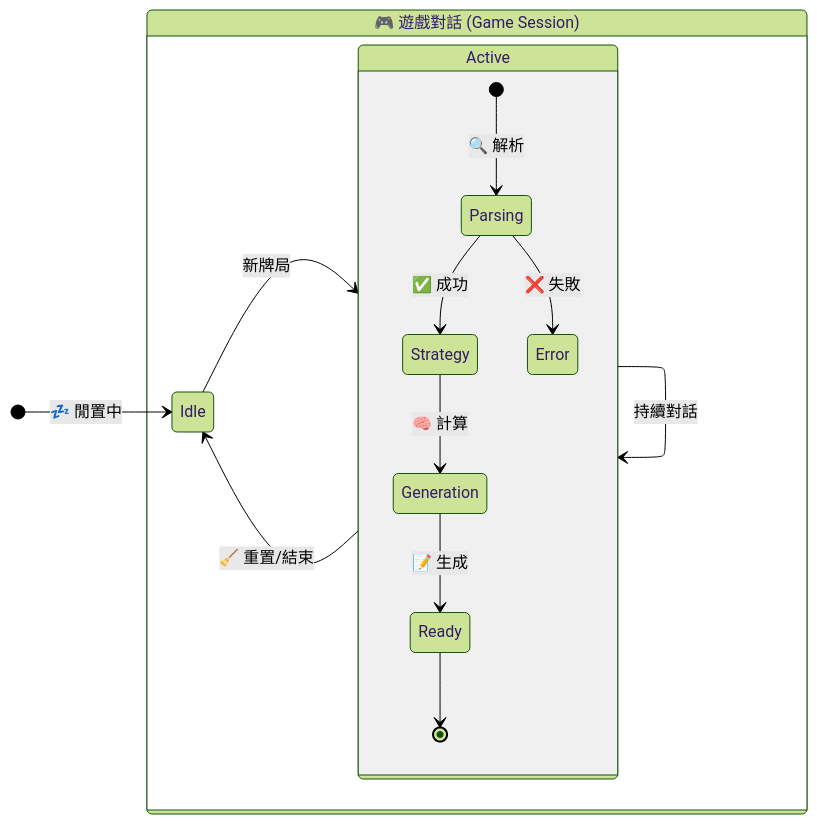
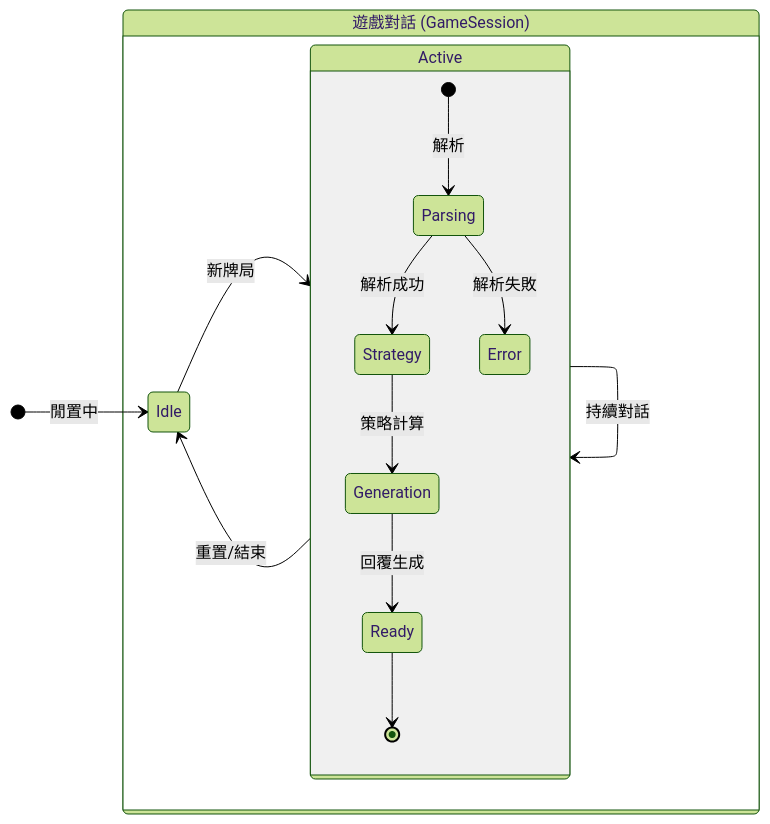
Before and after one commit to darkloudddd/my-poker-coach: the fifth of 5 diagrams in project_workflow.md, drawn with Mermaid (forest theme). The commit also changed other lines of this file, not shown here.

Commit message:
Add system architecture documentation and diagrams

````diff
--- a/project_workflow.md
+++ b/project_workflow.md
@@ -108,27 +112,34 @@
 ```mermaid
 stateDiagram-v2
     direction LR
     
-    [*] --> Idle: 💤 閒置中
+    %% Style Reference: Clean FSM with rounded corners, Red accent for start
+    classDef active fill:#fff,stroke:#333,stroke-width:1px,color:#000,rx:10,ry:10;
+    classDef init fill:#ffebee,stroke:#d32f2f,stroke-width:2px,color:#b71c1c,rx:10,ry:10;
     
-    state "🎮 遊戲對話 (Game Session)" as Session {
+    [*] --> Idle: 閒置中
+    
+    state "遊戲對話 (GameSession)" as Session {
         direction LR
         
         Idle --> Active: 新牌局
         Active --> Active: 持續對話
         
         state Active {
             direction TB
-            [*] --> Parsing: 🔍 解析
-            Parsing --> Strategy: ✅ 成功
-            Parsing --> Error: ❌ 失敗
+            [*] --> Parsing: 解析
+            Parsing --> Strategy: 解析成功
+            Parsing --> Error: 解析失敗
             
-            Strategy --> Generation: 🧠 計算
-            Generation --> Ready: 📝 生成
+            Strategy --> Generation: 策略計算
+            Generation --> Ready: 回覆生成
             
             Ready --> [*]
         }
         
-        Active --> Idle: 🧹 重置/結束
+        Active --> Idle: 重置/結束
     }
+    
+    class Idle init;
+    class Active,Parsing,Strategy,Error,Generation,Ready active;
 ```
````
